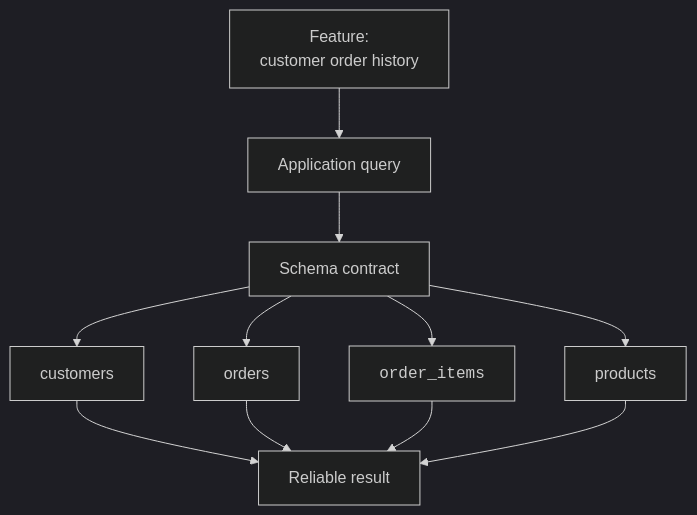
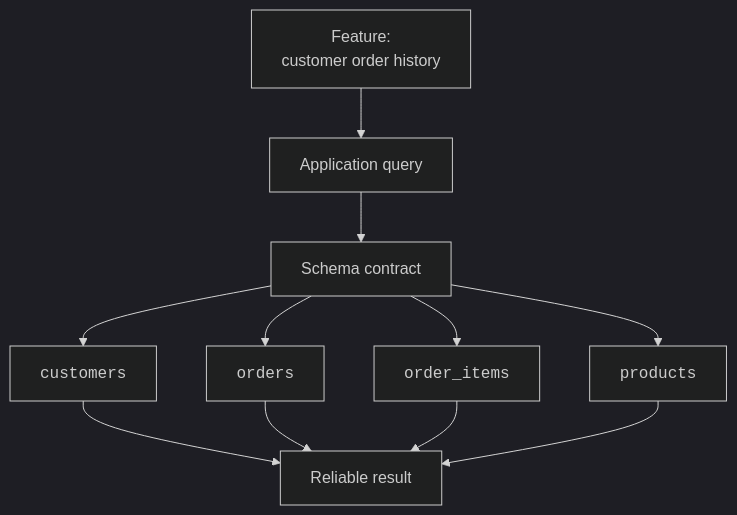
The first of 5 diagrams in content/learn/database-design-postgresql/how-design-shapes-software.mdx (dataslope/dataslope), drawn with Mermaid (dark theme) before and after one commit. The commit also changed other lines of this file and 46 other files, not shown here.

First line of the commit message:
Wrap code in mermaid edge labels + entity/table names in DB diagrams

````diff
--- a/content/learn/database-design-postgresql/how-design-shapes-software.mdx
+++ b/content/learn/database-design-postgresql/how-design-shapes-software.mdx
@@ -22,13 +22,13 @@
 ```mermaid
 flowchart TB
     A["Feature:<br/>customer order history"] --> B["Application query"]
     B --> C["Schema contract"]
-    C --> D["customers"]
-    C --> E["orders"]
+    C --> D["<code>customers</code>"]
+    C --> E["<code>orders</code>"]
     C --> F["<code>order_items</code>"]
-    C --> G["products"]
+    C --> G["<code>products</code>"]
     D --> H["Reliable result"]
     E --> H
     F --> H
     G --> H
 ```
````
